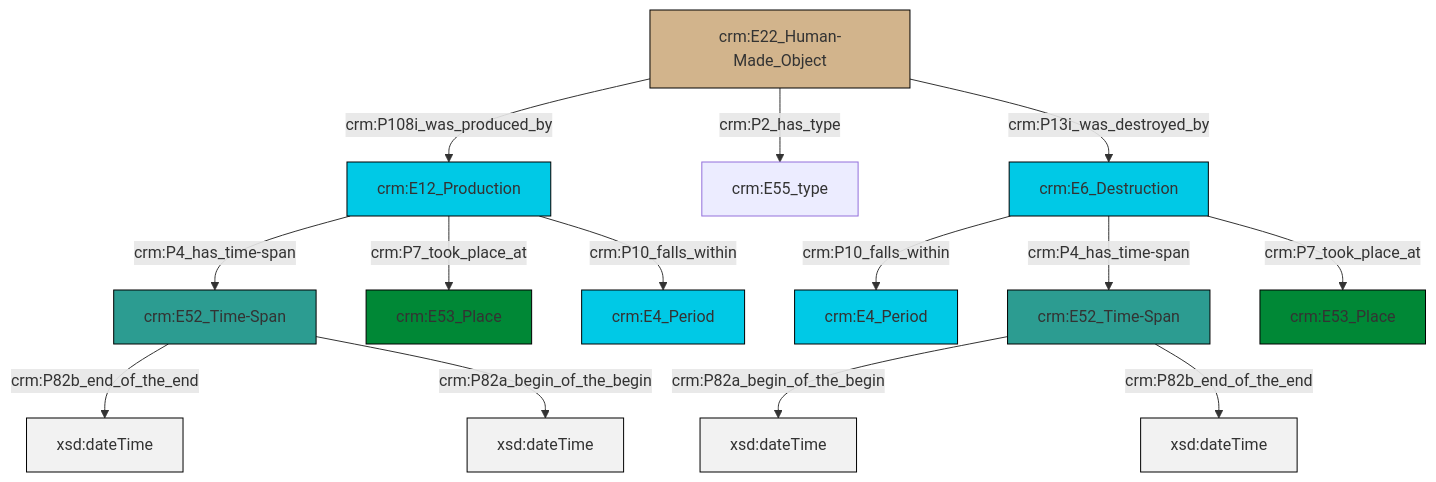
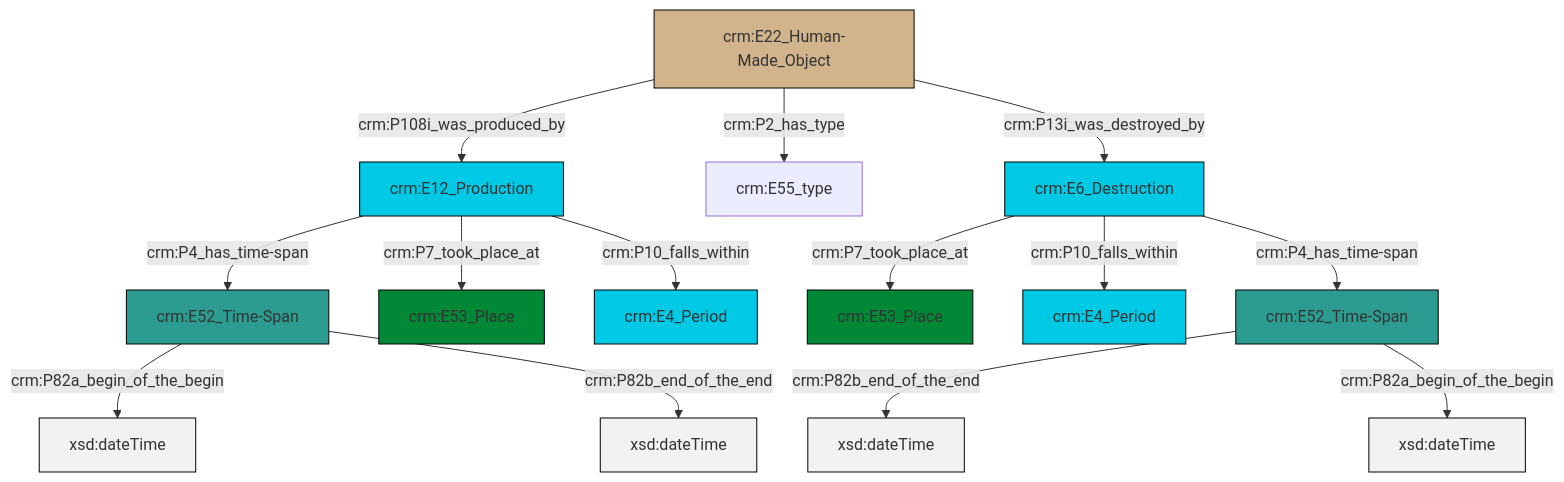
One commit to swiss-art-research-net/reference-data-models changed the diagram in et/builtWorkCSV/ttl/mmd/Built_Work_existence.ttl.mmd. Above: the diagram before and after it, drawn with Mermaid. The commit also changed 126 other files, not shown here.

```diff
--- a/et/builtWorkCSV/ttl/mmd/Built_Work_existence.ttl.mmd
+++ b/et/builtWorkCSV/ttl/mmd/Built_Work_existence.ttl.mmd
@@ -1,28 +1,28 @@
 graph TD
 classDef Literal fill:#f2f2f2,stroke:#000000;
 classDef CRM_Entity fill:#FFFFFF,stroke:#000000;
 classDef Temporal_Entity fill:#00C9E6, stroke:#000000;
 classDef Type fill:#E18312, stroke:#000000;
 classDef Time-Span fill:#2C9C91, stroke:#000000;
 classDef Appellation fill:#FFEB7F, stroke:#000000;
 classDef Place fill:#008836, stroke:#000000;
 classDef Persistent_Item fill:#B266B2, stroke:#000000;
 classDef Conceptual_Object fill:#FFD700, stroke:#000000;
 classDef Physical_Thing fill:#D2B48C, stroke:#000000;
 classDef Actor fill:#f58aad, stroke:#000000;
 classDef PC_Classes fill:#4ce600, stroke:#000000;
 classDef Multi fill:#cccccc,stroke:#000000;
 
-4["crm:E12_Production"]:::Temporal_Entity -->|crm:P7_took_place_at| 5["crm:E53_Place"]:::Place
+4["crm:E12_Production"]:::Temporal_Entity -->|crm:P4_has_time-span| 5["crm:E52_Time-Span"]:::Time-Span
+8["crm:E6_Destruction"]:::Temporal_Entity -->|crm:P7_took_place_at| 0["crm:E53_Place"]:::Place
+5["crm:E52_Time-Span"]:::Time-Span -->|crm:P82a_begin_of_the_begin| 9[xsd:dateTime]:::Literal
+4["crm:E12_Production"]:::Temporal_Entity -->|crm:P7_took_place_at| 13["crm:E53_Place"]:::Place
+2["crm:E22_Human-Made_Object"]:::Physical_Thing -->|crm:P108i_was_produced_by| 4["crm:E12_Production"]:::Temporal_Entity
+8["crm:E6_Destruction"]:::Temporal_Entity -->|crm:P10_falls_within| 17["crm:E4_Period"]:::Temporal_Entity
+15["crm:E52_Time-Span"]:::Time-Span -->|crm:P82b_end_of_the_end| 18[xsd:dateTime]:::Literal
+8["crm:E6_Destruction"]:::Temporal_Entity -->|crm:P4_has_time-span| 15["crm:E52_Time-Span"]:::Time-Span
+2["crm:E22_Human-Made_Object"]:::Physical_Thing -->|crm:P2_has_type| 10["crm:E55_type"]:::Default
+5["crm:E52_Time-Span"]:::Time-Span -->|crm:P82b_end_of_the_end| 20[xsd:dateTime]:::Literal
 4["crm:E12_Production"]:::Temporal_Entity -->|crm:P10_falls_within| 6["crm:E4_Period"]:::Temporal_Entity
-4["crm:E12_Production"]:::Temporal_Entity -->|crm:P4_has_time-span| 11["crm:E52_Time-Span"]:::Time-Span
-0["crm:E22_Human-Made_Object"]:::Physical_Thing -->|crm:P108i_was_produced_by| 4["crm:E12_Production"]:::Temporal_Entity
-2["crm:E52_Time-Span"]:::Time-Span -->|crm:P82a_begin_of_the_begin| 14[xsd:dateTime]:::Literal
-15["crm:E6_Destruction"]:::Temporal_Entity -->|crm:P4_has_time-span| 2["crm:E52_Time-Span"]:::Time-Span
-11["crm:E52_Time-Span"]:::Time-Span -->|crm:P82b_end_of_the_end| 18[xsd:dateTime]:::Literal
-0["crm:E22_Human-Made_Object"]:::Physical_Thing -->|crm:P2_has_type| 9["crm:E55_type"]:::Default
-2["crm:E52_Time-Span"]:::Time-Span -->|crm:P82b_end_of_the_end| 19[xsd:dateTime]:::Literal
-11["crm:E52_Time-Span"]:::Time-Span -->|crm:P82a_begin_of_the_begin| 20[xsd:dateTime]:::Literal
-0["crm:E22_Human-Made_Object"]:::Physical_Thing -->|crm:P13i_was_destroyed_by| 15["crm:E6_Destruction"]:::Temporal_Entity
-15["crm:E6_Destruction"]:::Temporal_Entity -->|crm:P10_falls_within| 7["crm:E4_Period"]:::Temporal_Entity
-15["crm:E6_Destruction"]:::Temporal_Entity -->|crm:P7_took_place_at| 16["crm:E53_Place"]:::Place
+2["crm:E22_Human-Made_Object"]:::Physical_Thing -->|crm:P13i_was_destroyed_by| 8["crm:E6_Destruction"]:::Temporal_Entity
+15["crm:E52_Time-Span"]:::Time-Span -->|crm:P82a_begin_of_the_begin| 22[xsd:dateTime]:::Literal
```
